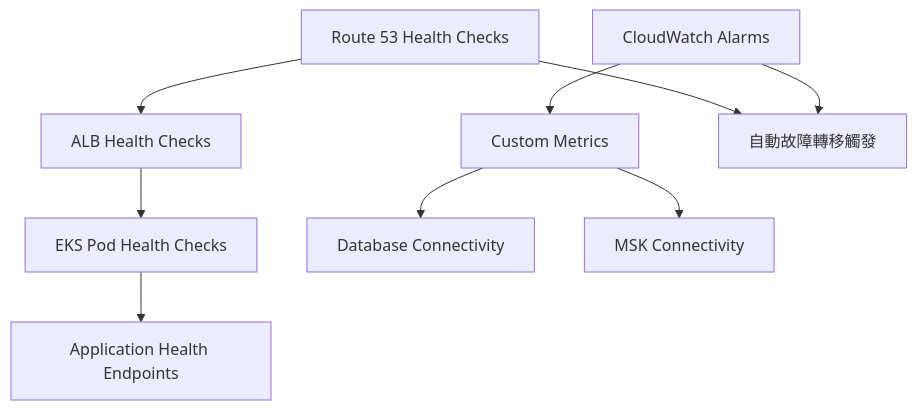
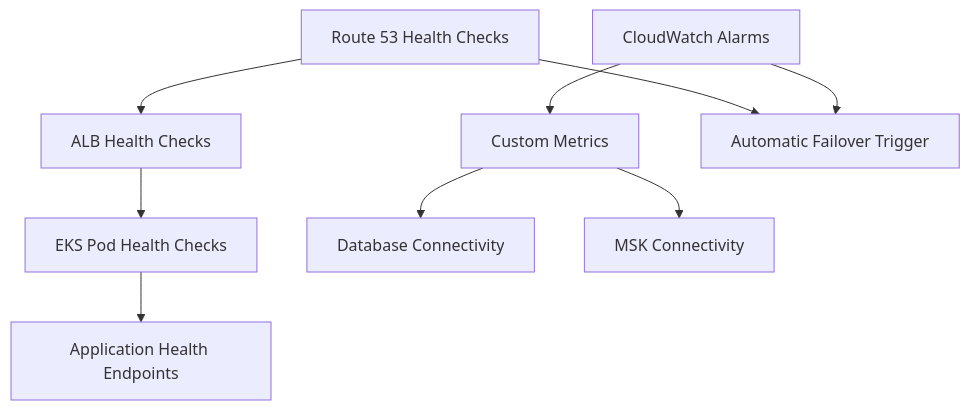
One commit to humank/genai-demo changed the fourth of 5 diagrams in docs/architecture/disaster-recovery-design.md. Above: the diagram before and after it, drawn with Mermaid. The commit also changed other lines of this file and 453 other files, not shown here.

First line of the commit message:
feat: Complete translation of key architecture and API documentation

````diff
--- a/docs/architecture/disaster-recovery-design.md
+++ b/docs/architecture/disaster-recovery-design.md
@@ -224,13 +224,13 @@
 ```mermaid
 graph TD
     A[Route 53 Health Checks] --> B[ALB Health Checks]
     B --> C[EKS Pod Health Checks]
     C --> D[Application Health Endpoints]
     
     E[CloudWatch Alarms] --> F[Custom Metrics]
     F --> G[Database Connectivity]
     F --> H[MSK Connectivity]
     
-    A --> I[自動故障轉移觸發]
+    A --> I[Automatic Failover Trigger]
     E --> I
 ```
````
